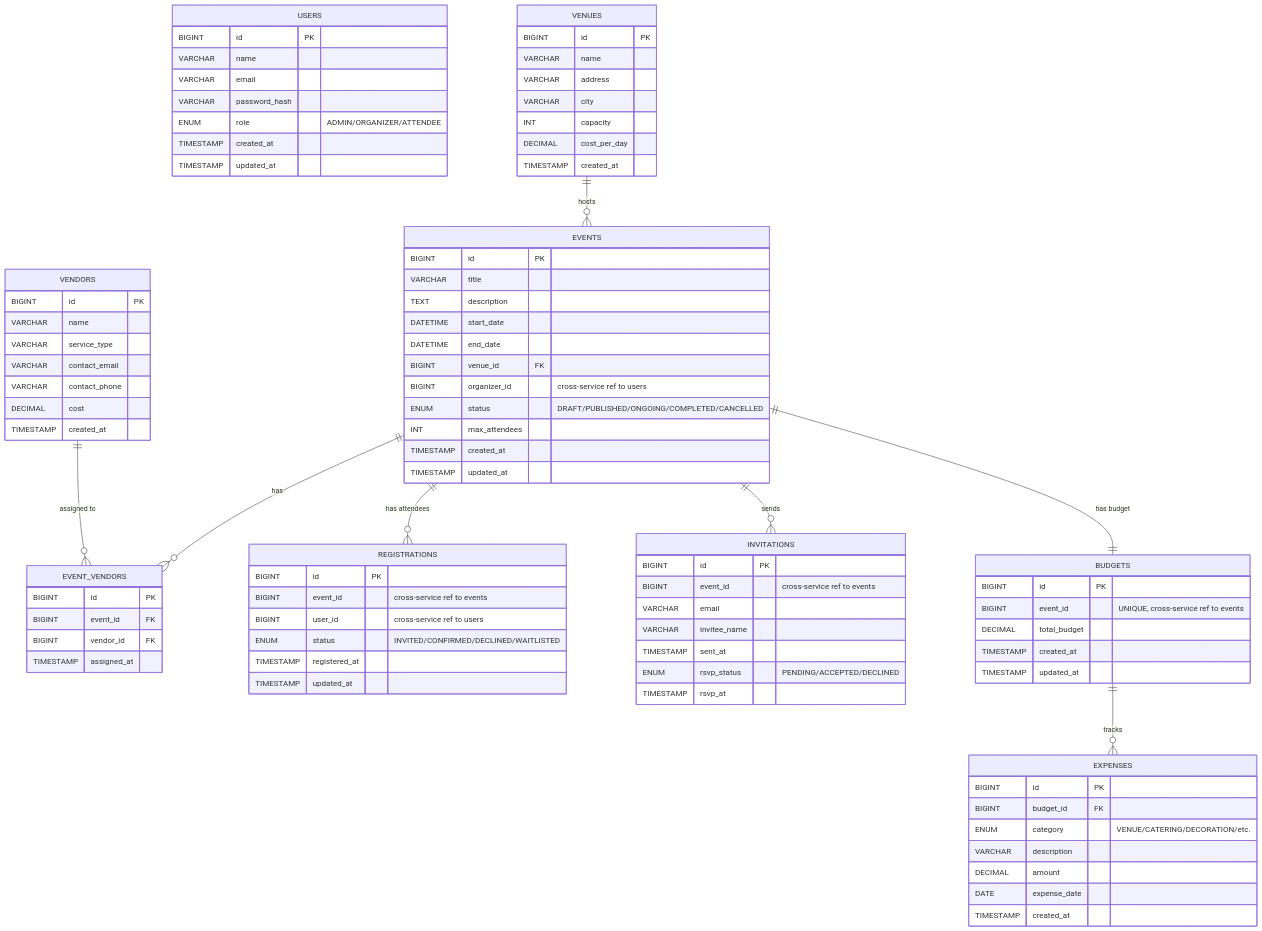
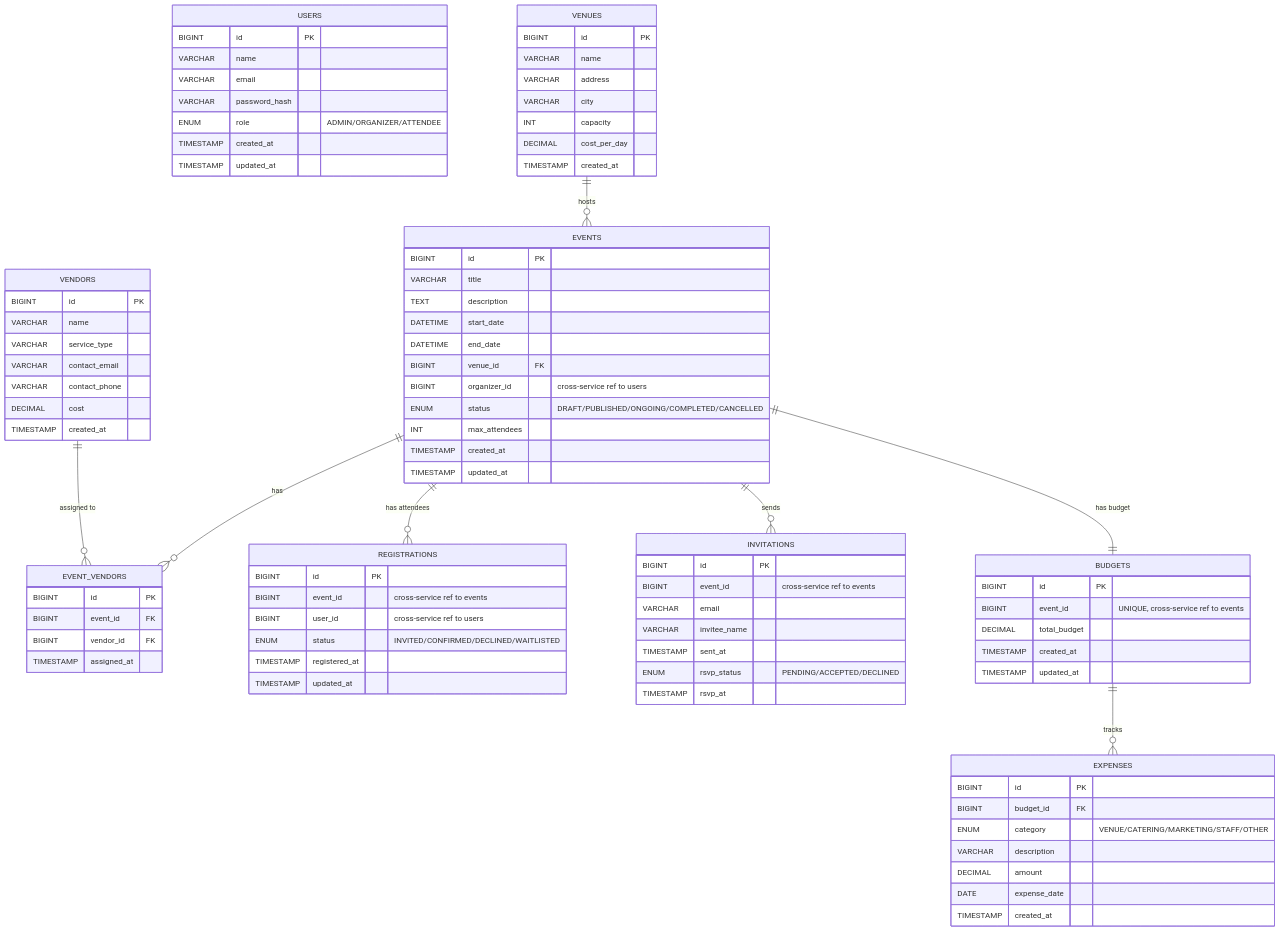
One commit to aiyan-shamshad/EventZen changed the first of 2 diagrams in docs/ER-Diagram.md. Above: the diagram before and after it, drawn with Mermaid. The commit also changed 5 other files, not shown here.

Commit message:
Add comprehensive API endpoints, ER diagram, features, and user flow documentation.

```diff
--- a/docs/ER-Diagram.md
+++ b/docs/ER-Diagram.md
@@ -85,7 +85,7 @@
     EXPENSES {
         BIGINT id PK
         BIGINT budget_id FK
-        ENUM category "VENUE/CATERING/DECORATION/etc."
+        ENUM category "VENUE/CATERING/MARKETING/STAFF/OTHER"
         VARCHAR description
         DECIMAL amount
         DATE expense_date
```
